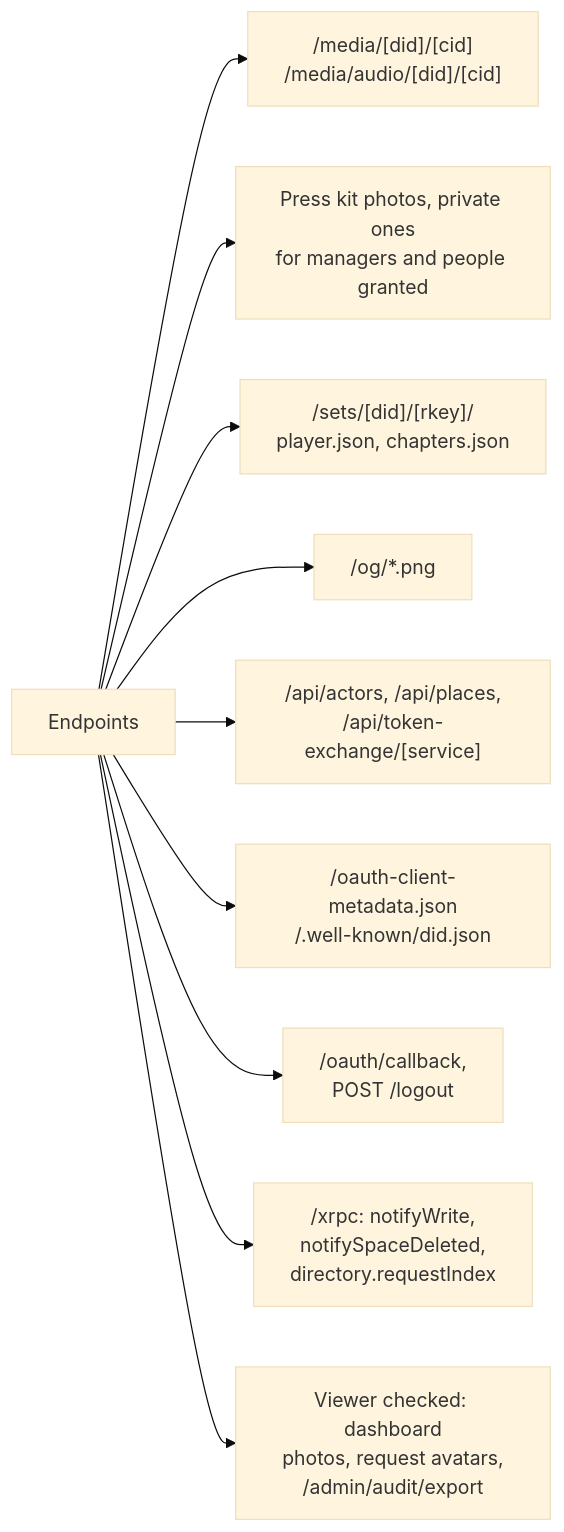
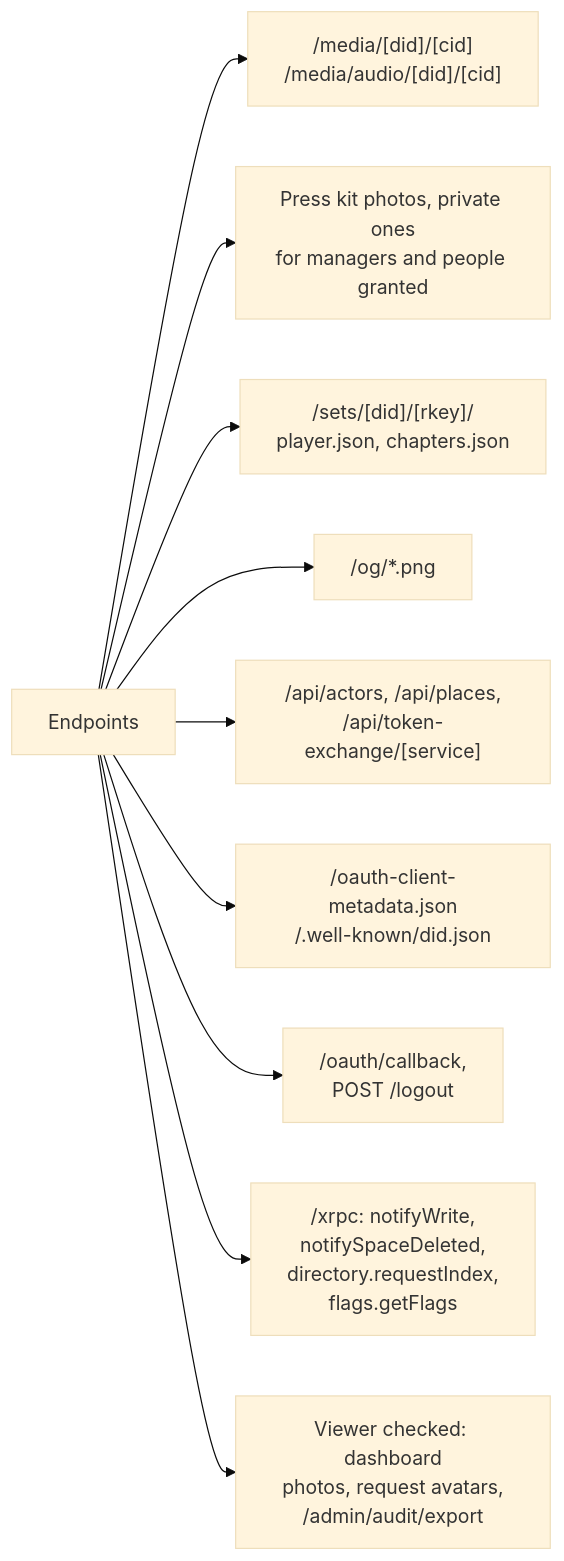
Before and after one commit to cutenode/localnetwork: the tenth of 11 diagrams in apps/web/docs/diagrams/requests-and-routes.md, drawn with Mermaid (base theme). The commit also changed other lines of this file and 8 other files, not shown here.

First line of the commit message:
docs(web): bring the diagrams in line with the code

````diff
--- a/apps/web/docs/diagrams/requests-and-routes.md
+++ b/apps/web/docs/diagrams/requests-and-routes.md
@@ -215,13 +222,13 @@
 ```mermaid
 flowchart LR
   Ep["Endpoints"]
   Ep --> Media["/media/[did]/[cid]<br/>/media/audio/[did]/[cid]"]
   Ep --> Kit["Press kit photos, private ones<br/>for managers and people granted"]
   Ep --> Sets["/sets/[did]/[rkey]/<br/>player.json, chapters.json"]
   Ep --> Og["/og/*.png"]
   Ep --> Api["/api/actors, /api/places,<br/>/api/token-exchange/[service]"]
   Ep --> Docs["/oauth-client-metadata.json<br/>/.well-known/did.json"]
   Ep --> Session["/oauth/callback,<br/>POST /logout"]
-  Ep --> Xrpc["/xrpc: notifyWrite,<br/>notifySpaceDeleted,<br/>directory.requestIndex"]
+  Ep --> Xrpc["/xrpc: notifyWrite,<br/>notifySpaceDeleted,<br/>directory.requestIndex,<br/>flags.getFlags"]
   Ep --> Signed["Viewer checked: dashboard<br/>photos, request avatars,<br/>/admin/audit/export"]
 ```
````
